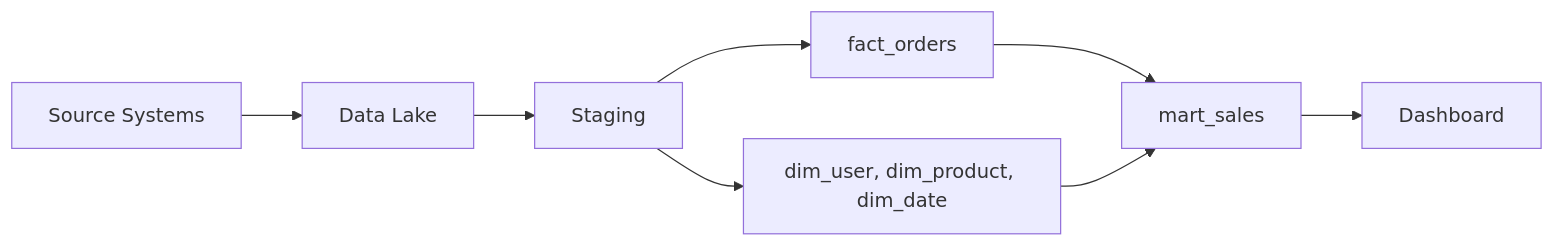
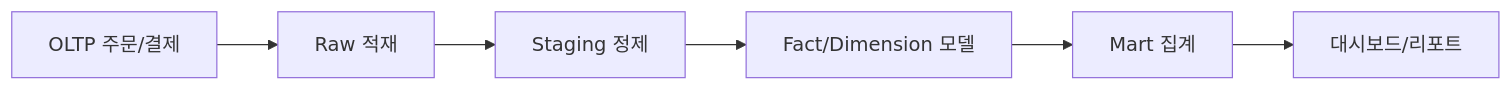
Before and after one commit to yeongseon-books/book-content: the diagram in docs/ko/data-warehouse-101/10-warehouse-design-example.md, drawn with Mermaid. The commit also changed other lines of this file and 4143 other files, not shown here.

````diff
--- a/docs/ko/data-warehouse-101/10-warehouse-design-example.md
+++ b/docs/ko/data-warehouse-101/10-warehouse-design-example.md
@@ -35,10 +503,8 @@
 ```mermaid
 flowchart LR
-    Source["Source Systems"] --> Lake["Data Lake"]
-    Lake --> Stage["Staging"]
-    Stage --> Fact["fact_orders"]
-    Stage --> Dim["dim_user, dim_product, dim_date"]
-    Fact --> Mart["mart_sales"]
-    Dim --> Mart
-    Mart --> BI["Dashboard"]
+    A["OLTP 주문/결제"] --> B["Raw 적재"]
+    B --> C["Staging 정제"]
+    C --> D["Fact/Dimension 모델"]
+    D --> E["Mart 집계"]
+    E --> F["대시보드/리포트"]
 ```
````
